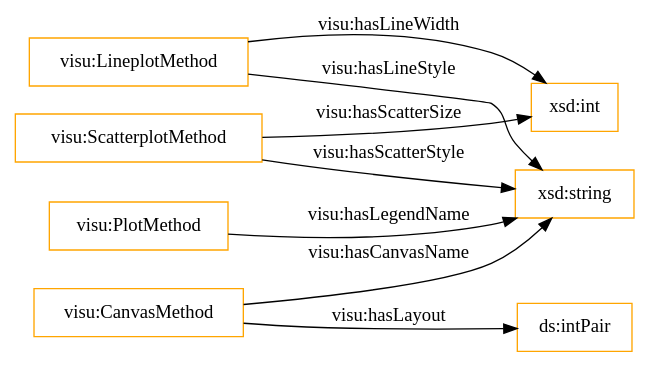
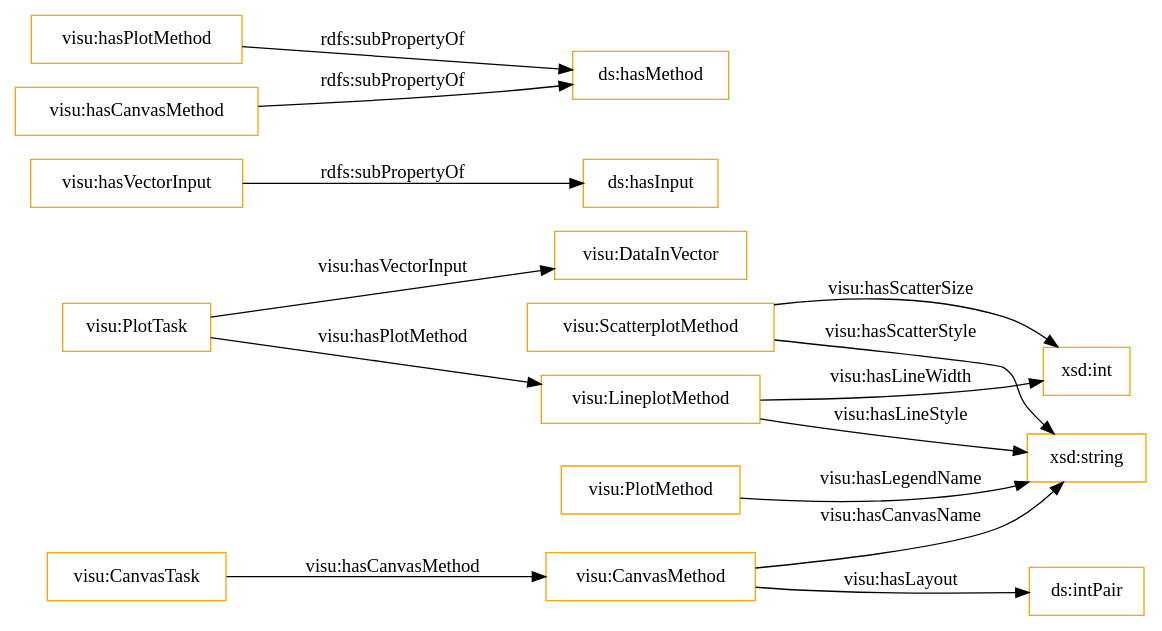
Before and after one commit to nsai-uio/ExeKGOntology: the diagram in OnToology/visu_exeKGOntology.ttl/diagrams/ar2dtool-class/visu_exeKGOntology.ttl.png.dot, drawn with Graphviz. The commit also changed 74 other files, not shown here.

```diff
--- a/OnToology/visu_exeKGOntology.ttl/diagrams/ar2dtool-class/visu_exeKGOntology.ttl.png.dot
+++ b/OnToology/visu_exeKGOntology.ttl/diagrams/ar2dtool-class/visu_exeKGOntology.ttl.png.dot
@@ -1,13 +1,19 @@
 digraph ar2dtool_diagram { 
 rankdir=LR;
 size="1501"
-node [shape = rectangle, color="orange"]; "visu:ScatterplotMethod" "visu:PlotMethod" "visu:LineplotMethod" "visu:CanvasMethod" ; /*classes style*/
+node [shape = rectangle, color="orange"]; "visu:DataInVector" "visu:ScatterplotMethod" "visu:LineplotMethod" "visu:PlotTask" "visu:PlotMethod" "visu:CanvasTask" "visu:CanvasMethod" ; /*classes style*/
+	"visu:hasVectorInput" -> "ds:hasInput" [ label = "rdfs:subPropertyOf" ];
+	"visu:hasPlotMethod" -> "ds:hasMethod" [ label = "rdfs:subPropertyOf" ];
+	"visu:hasCanvasMethod" -> "ds:hasMethod" [ label = "rdfs:subPropertyOf" ];
+	"visu:LineplotMethod" -> "xsd:string" [ label = "visu:hasLineStyle" ];
+	"visu:ScatterplotMethod" -> "xsd:string" [ label = "visu:hasScatterStyle" ];
+	"visu:PlotTask" -> "visu:DataInVector" [ label = "visu:hasVectorInput" ];
+	"visu:PlotTask" -> "visu:LineplotMethod" [ label = "visu:hasPlotMethod" ];
 	"visu:ScatterplotMethod" -> "xsd:int" [ label = "visu:hasScatterSize" ];
-	"visu:LineplotMethod" -> "xsd:string" [ label = "visu:hasLineStyle" ];
+	"visu:CanvasMethod" -> "ds:intPair" [ label = "visu:hasLayout" ];
+	"visu:CanvasTask" -> "visu:CanvasMethod" [ label = "visu:hasCanvasMethod" ];
+	"visu:CanvasMethod" -> "xsd:string" [ label = "visu:hasCanvasName" ];
+	"visu:LineplotMethod" -> "xsd:int" [ label = "visu:hasLineWidth" ];
 	"visu:PlotMethod" -> "xsd:string" [ label = "visu:hasLegendName" ];
-	"visu:CanvasMethod" -> "ds:intPair" [ label = "visu:hasLayout" ];
-	"visu:ScatterplotMethod" -> "xsd:string" [ label = "visu:hasScatterStyle" ];
-	"visu:LineplotMethod" -> "xsd:int" [ label = "visu:hasLineWidth" ];
-	"visu:CanvasMethod" -> "xsd:string" [ label = "visu:hasCanvasName" ];
 
 }
```
